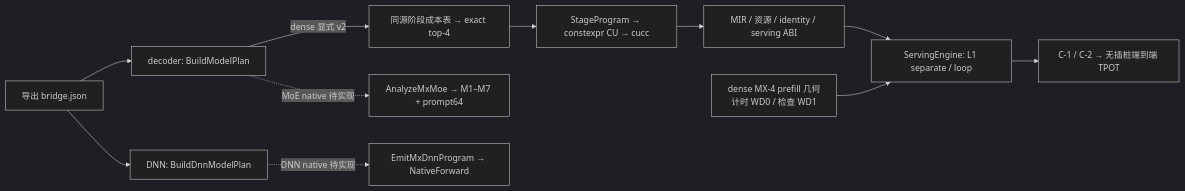
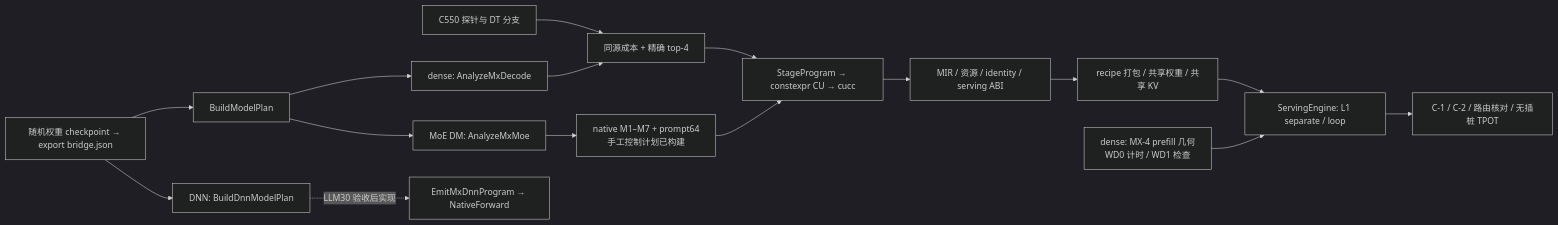
One commit to pengjh0111/TileMega changed the diagram in docs/results/MX5_pipeline_c550.md. Above: the diagram before and after it, drawn with Mermaid (dark theme). The commit also changed other lines of this file and 1 other file, not shown here.

Commit message:
docs: reconcile the C550 pipeline with native MoE progress

````diff
--- a/docs/results/MX5_pipeline_c550.md
+++ b/docs/results/MX5_pipeline_c550.md
@@ -7,13 +12,18 @@
 ```mermaid
 flowchart LR
-  A["导出 bridge.json"] --> B["decoder: BuildModelPlan"]
-  B -->|dense 显式 v2| C["同源阶段成本表 → exact top-4"]
-  C --> D["StageProgram → constexpr CU → cucc"]
-  D --> E["MIR / 资源 / identity / serving ABI"]
-  E --> F["ServingEngine: L1 separate / loop"]
-  P["dense MX-4 prefill 几何<br/>计时 WD0 / 检查 WD1"] --> F
-  F --> G["C-1 / C-2 → 无插桩端到端 TPOT"]
-  B -. "MoE native 待实现" .-> M["AnalyzeMxMoe → M1–M7 + prompt64"]
-  A --> N["DNN: BuildDnnModelPlan"]
-  N -. "DNN native 待实现" .-> V["EmitMxDnnProgram → NativeForward"]
+  A["随机权重 checkpoint → export bridge.json"] --> B["BuildModelPlan"]
+  B --> C["dense: AnalyzeMxDecode"]
+  B --> M["MoE DM: AnalyzeMxMoe"]
+  P["C550 探针与 DT 分支"] --> S["同源成本 + 精确 top-4"]
+  C --> S
+  S --> G["StageProgram → constexpr CU → cucc"]
+  M --> MG["native M1–M7 + prompt64<br/>手工控制计划已构建"]
+  MG --> G
+  G --> R["MIR / 资源 / identity / serving ABI"]
+  R --> W["recipe 打包 / 共享权重 / 共享 KV"]
+  W --> E["ServingEngine: L1 separate / loop"]
+  PF["dense: MX-4 prefill 几何<br/>WD0 计时 / WD1 检查"] --> E
+  E --> V["C-1 / C-2 / 路由核对 / 无插桩 TPOT"]
+  A --> D["DNN: BuildDnnModelPlan"]
+  D -. "LLM30 验收后实现" .-> F["EmitMxDnnProgram → NativeForward"]
 ```
````
